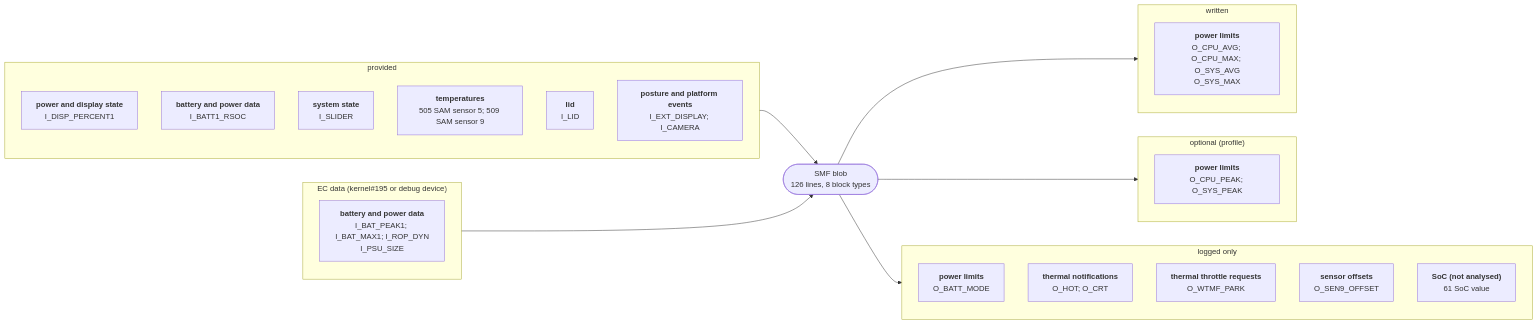
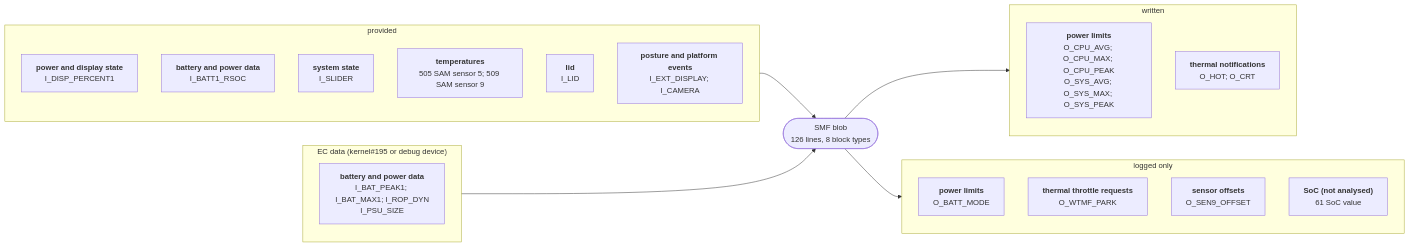
The diagram in docs/devices/surface-pro-7-plus.md (larsschellhas/linux-surface-power), drawn with Mermaid before and after one commit. The commit also changed other lines of this file and 53 other files, not shown here.

First line of the commit message:
Write PL3, PL4 and the thermal-policy requests; control only with every output written

````diff
--- a/docs/devices/surface-pro-7-plus.md
+++ b/docs/devices/surface-pro-7-plus.md
@@ -20,33 +20,29 @@
 ```mermaid
 flowchart LR
     subgraph IN0["provided"]
         I0_1FB53D4C["<b>power and display state</b><br/>I_DISP_PERCENT1"]
         I0_28B7BD85["<b>battery and power data</b><br/>I_BATT1_RSOC"]
         I0_2DD6960F["<b>system state</b><br/>I_SLIDER"]
         I0_2E8B14C2["<b>temperatures</b><br/>505 SAM sensor 5; 509 SAM sensor 9"]
         I0_5D0EE597["<b>lid</b><br/>I_LID"]
         I0_8060B17F["<b>posture and platform events</b><br/>I_EXT_DISPLAY; I_CAMERA"]
     end
     IN0 --> B
     subgraph IN1["EC data (kernel#195 or debug device)"]
         I1_28B7BD85["<b>battery and power data</b><br/>I_BAT_PEAK1; I_BAT_MAX1; I_ROP_DYN<br/>I_PSU_SIZE"]
     end
     IN1 --> B
     B(["SMF blob<br/>126 lines, 8 block types"])
     subgraph OUT0["written"]
-        O0_0B7B5350["<b>power limits</b><br/>O_CPU_AVG; O_CPU_MAX; O_SYS_AVG<br/>O_SYS_MAX"]
+        O0_0B7B5350["<b>power limits</b><br/>O_CPU_AVG; O_CPU_MAX; O_CPU_PEAK<br/>O_SYS_AVG; O_SYS_MAX; O_SYS_PEAK"]
+        O0_110DF2A4["<b>thermal notifications</b><br/>O_HOT; O_CRT"]
     end
     B --> OUT0
-    subgraph OUT1["optional (profile)"]
-        O1_0B7B5350["<b>power limits</b><br/>O_CPU_PEAK; O_SYS_PEAK"]
+    subgraph OUT1["logged only"]
+        O1_0B7B5350["<b>power limits</b><br/>O_BATT_MODE"]
+        O1_9BBB8910["<b>thermal throttle requests</b><br/>O_WTMF_PARK"]
+        O1_A79674B4["<b>sensor offsets</b><br/>O_SEN9_OFFSET"]
+        O1_CF2F6076["<b>SoC (not analysed)</b><br/>61 SoC value"]
     end
     B --> OUT1
-    subgraph OUT2["logged only"]
-        O2_0B7B5350["<b>power limits</b><br/>O_BATT_MODE"]
-        O2_110DF2A4["<b>thermal notifications</b><br/>O_HOT; O_CRT"]
-        O2_9BBB8910["<b>thermal throttle requests</b><br/>O_WTMF_PARK"]
-        O2_A79674B4["<b>sensor offsets</b><br/>O_SEN9_OFFSET"]
-        O2_CF2F6076["<b>SoC (not analysed)</b><br/>61 SoC value"]
-    end
-    B --> OUT2
 ```
````
